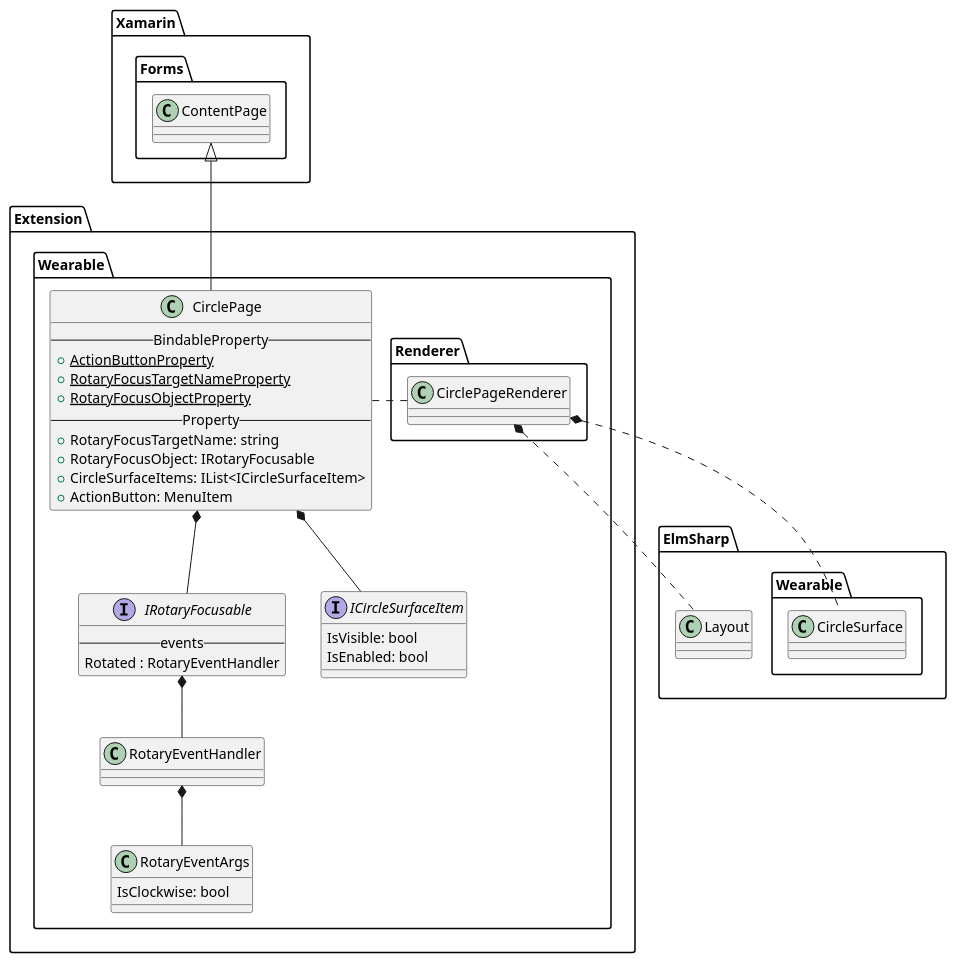
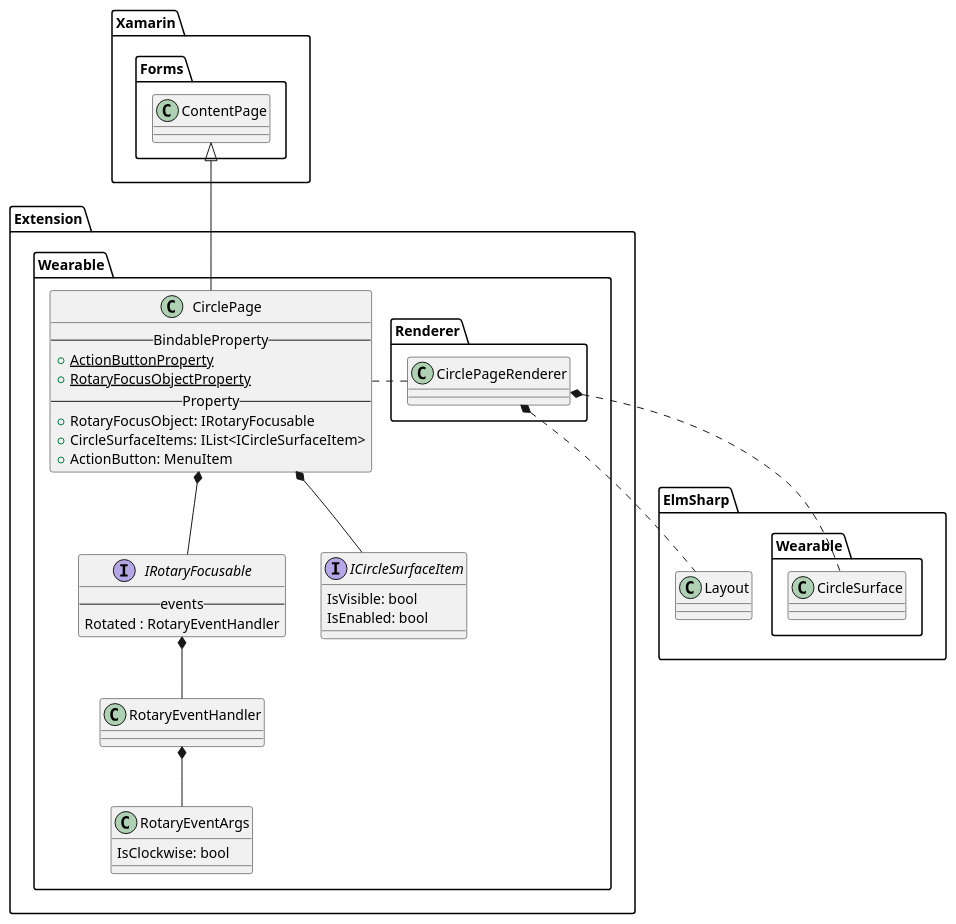
The first of 19 diagrams in doc/design/uml/CirclePage.wsd (Samsung/Tizen.CircularUI), drawn with PlantUML before and after one commit. The commit also changed 60 other files, not shown here.

First line of the commit message:
Remove RotaryFocusTargetName

```diff
--- a/doc/design/uml/CirclePage.wsd
+++ b/doc/design/uml/CirclePage.wsd
@@ -1,56 +1,54 @@
 @startuml CirclePage.png
 
 package "Xamarin.Forms" {
     class ContentPage
 }
 
 package "Extension.Wearable" {
     class RotaryEventHandler
     class RotaryEventArgs {
         IsClockwise: bool
     }
     interface IRotaryFocusable {
         --events--
         Rotated : RotaryEventHandler
     }
     class CirclePage {
         --BindableProperty--
         {static} +ActionButtonProperty
-        {static} +RotaryFocusTargetNameProperty
         {static} +RotaryFocusObjectProperty
         --Property--
-        +RotaryFocusTargetName: string
         +RotaryFocusObject: IRotaryFocusable
         +CircleSurfaceItems: IList<ICircleSurfaceItem>
         +ActionButton: MenuItem
     }
     interface ICircleSurfaceItem {
         IsVisible: bool
         IsEnabled: bool
     }
 
     CirclePage -u-|> ContentPage
     CirclePage *-d- IRotaryFocusable
     CirclePage *-d- ICircleSurfaceItem
     IRotaryFocusable *-- RotaryEventHandler
     RotaryEventHandler *-- RotaryEventArgs
 }
 
 package "Extension.Wearable.Renderer" {
     class CirclePageRenderer
     CirclePageRenderer .l. CirclePage
 }
 
 package "ElmSharp.Wearable" {
     class CircleSurface
     CirclePageRenderer *.. CircleSurface
 }
 
 package "ElmSharp" {
 
     class Layout
 
     CirclePageRenderer *.. Layout
 }
 
 @enduml
```
